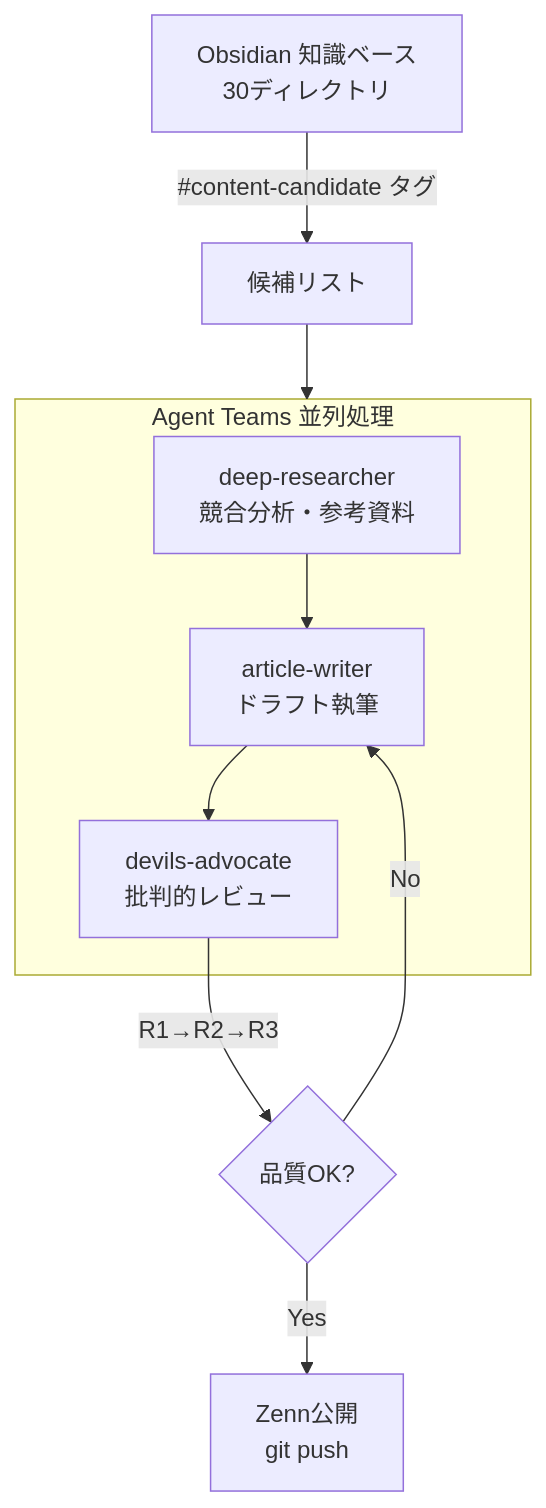
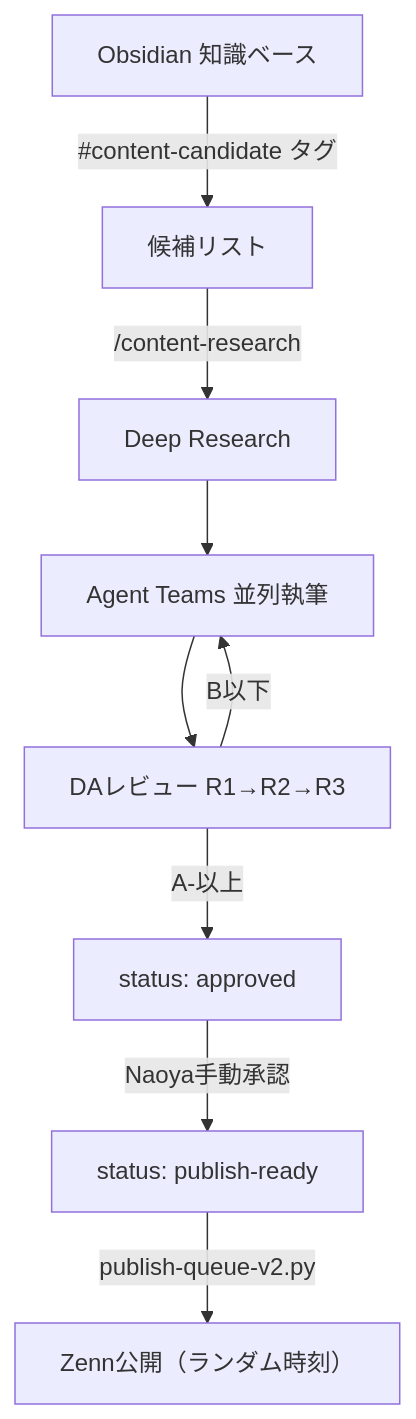
Before and after one commit to correlate000/public-zenn-docs: the diagram in articles/ai-content-pipeline.md, drawn with Mermaid. The commit also changed other lines of this file and 18 other files, not shown here.

````diff
--- a/articles/ai-content-pipeline.md
+++ b/articles/ai-content-pipeline.md
@@ -45,15 +21,11 @@
 ```mermaid
 graph TB
-    A[Obsidian 知識ベース<br/>30ディレクトリ] -->|"#content-candidate タグ"| B[候補リスト]
-    B --> C[Agent Teams]
-    subgraph C[Agent Teams 並列処理]
-        C1[deep-researcher<br/>競合分析・参考資料]
-        C2[article-writer<br/>ドラフト執筆]
-        C3[devils-advocate<br/>批判的レビュー]
-    end
-    C1 --> C2
-    C2 --> C3
-    C3 -->|"R1→R2→R3"| D{品質OK?}
-    D -->|Yes| E[Zenn公開<br/>git push]
-    D -->|No| C2
+    A["Obsidian 知識ベース"] -->|"#content-candidate タグ"| B["候補リスト"]
+    B -->|"/content-research"| C["Deep Research"]
+    C --> D["Agent Teams 並列執筆"]
+    D --> E["DAレビュー R1→R2→R3"]
+    E -->|"A-以上"| F["status: approved"]
+    F -->|"Naoya手動承認"| G["status: publish-ready"]
+    G -->|"publish-queue-v2.py"| H["Zenn公開（ランダム時刻）"]
+    E -->|"B以下"| D
 ```
````
